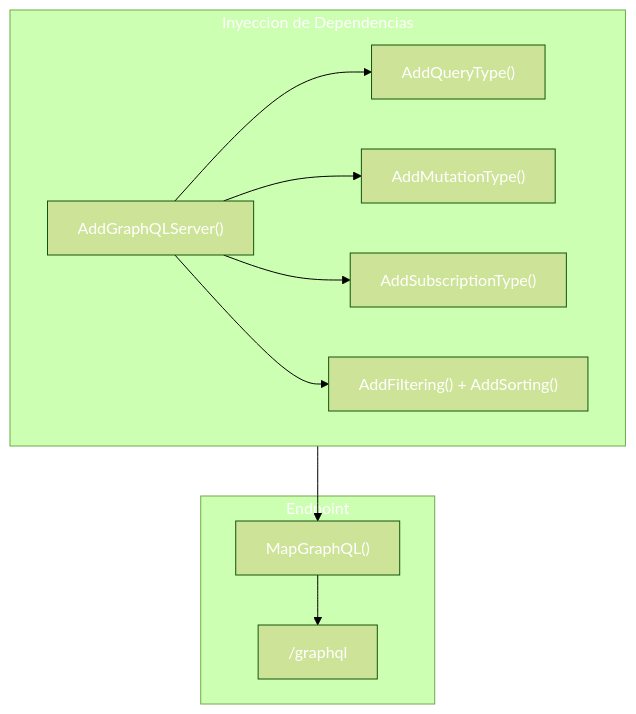
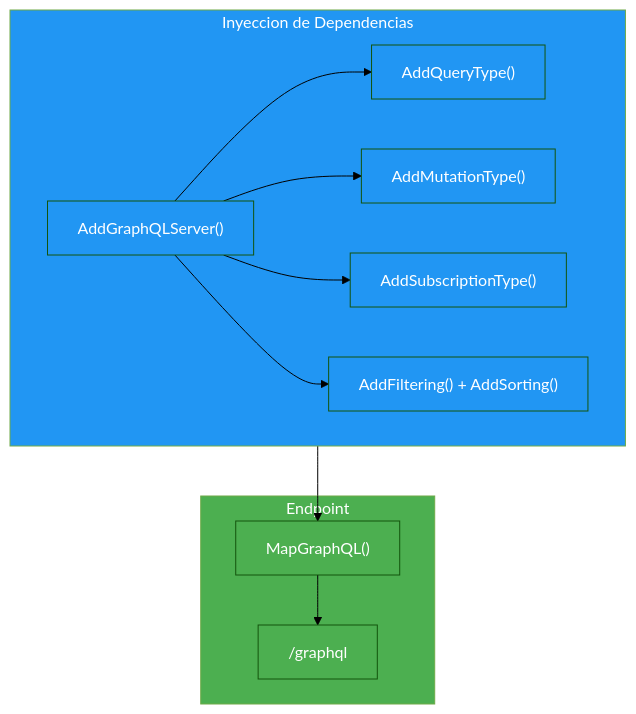
Before and after one commit to joseluisgs/DesarrolloWebEntornosServidor-02-2026-2027: the third of 10 diagrams in 19-graphql.md, drawn with Mermaid (forest theme). The commit also changed other lines of this file and 29 other files, not shown here.

Commit message:
docs: corregir estilos Mermaid y estilo, quitar referencias a la Tienda y reestructurar los retos 13 y 15

````diff
--- a/19-graphql.md
+++ b/19-graphql.md
@@ -194,25 +194,25 @@
 ```mermaid
 flowchart TD
     subgraph DI["Inyeccion de Dependencias"]
         A["AddGraphQLServer()"] --> B["AddQueryType()"]
         A --> C["AddMutationType()"]
         A --> D["AddSubscriptionType()"]
         A --> E["AddFiltering() + AddSorting()"]
     end
 
     subgraph ENDPOINT["Endpoint"]
         F["MapGraphQL()"] --> G["/graphql"]
     end
 
     DI --> F
 
-    style DI fill:#2196F,color:#fff3,color:#fff
-    style ENDPOINT fill:#4CAF5,color:#fff0,color:#fff
-    style A fill:#2196F,color:#fff3,color:#fff
-    style B fill:#2196F,color:#fff3,color:#fff
-    style C fill:#2196F,color:#fff3,color:#fff
-    style D fill:#2196F,color:#fff3,color:#fff
-    style E fill:#2196F,color:#fff3,color:#fff
-    style F fill:#4CAF5,color:#fff0,color:#fff
-    style G fill:#4CAF5,color:#fff0,color:#fff
+    style DI fill:#2196F3,color:#fff
+    style ENDPOINT fill:#4CAF50,color:#fff
+    style A fill:#2196F3,color:#fff
+    style B fill:#2196F3,color:#fff
+    style C fill:#2196F3,color:#fff
+    style D fill:#2196F3,color:#fff
+    style E fill:#2196F3,color:#fff
+    style F fill:#4CAF50,color:#fff
+    style G fill:#4CAF50,color:#fff
 ```
````
